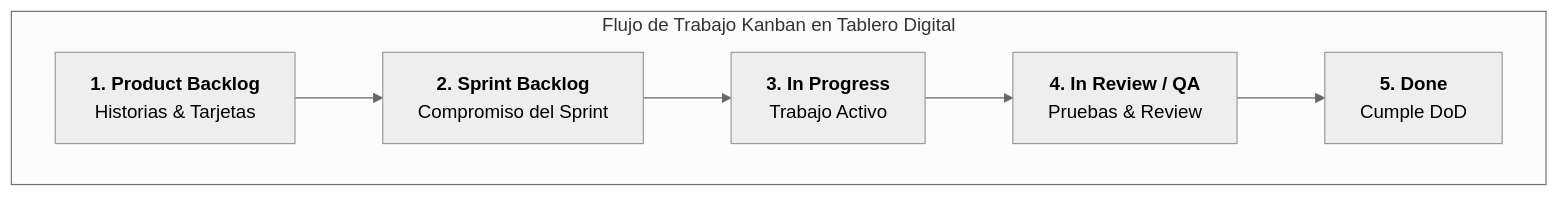
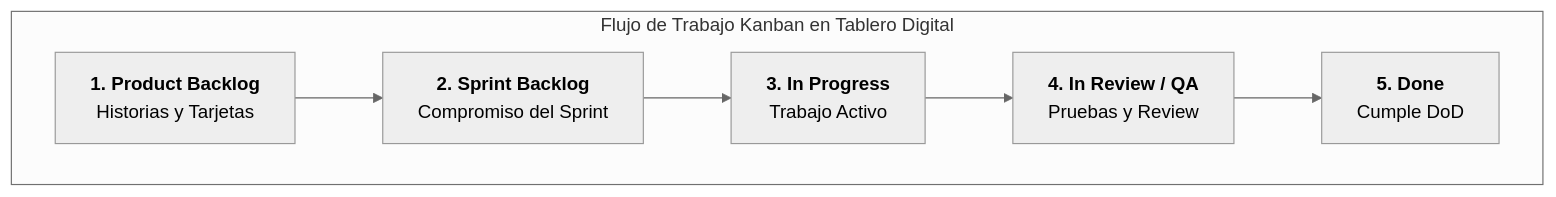
Before and after one commit to fencgut961/PI_26_27: diagram 11 of 13 in RA1.md, drawn with Mermaid (neutral theme). The commit also changed other lines of this file, not shown here.

````diff
--- a/RA1.md
+++ b/RA1.md
@@ -365,10 +366,10 @@
 ```mermaid
 flowchart LR
-    subgraph Kanban_Flow [Flujo de Trabajo Kanban en Tablero Digital]
+    subgraph Kanban_Flow ["Flujo de Trabajo Kanban en Tablero Digital"]
         direction LR
-        BACKLOG[<b>1. Product Backlog</b><br/>Historias & Tarjetas] --> SPRINT_BACKLOG[<b>2. Sprint Backlog</b><br/>Compromiso del Sprint]
-        SPRINT_BACKLOG --> IN_PROGRESS[<b>3. In Progress</b><br/>Trabajo Activo]
-        IN_PROGRESS --> IN_REVIEW[<b>4. In Review / QA</b><br/>Pruebas & Review]
-        IN_REVIEW --> DONE[<b>5. Done</b><br/>Cumple DoD]
+        BACKLOG["<b>1. Product Backlog</b><br/>Historias y Tarjetas"] --> SPRINT_BACKLOG["<b>2. Sprint Backlog</b><br/>Compromiso del Sprint"]
+        SPRINT_BACKLOG --> IN_PROGRESS["<b>3. In Progress</b><br/>Trabajo Activo"]
+        IN_PROGRESS --> IN_REVIEW["<b>4. In Review / QA</b><br/>Pruebas y Review"]
+        IN_REVIEW --> DONE["<b>5. Done</b><br/>Cumple DoD"]
     end
 ```
````
